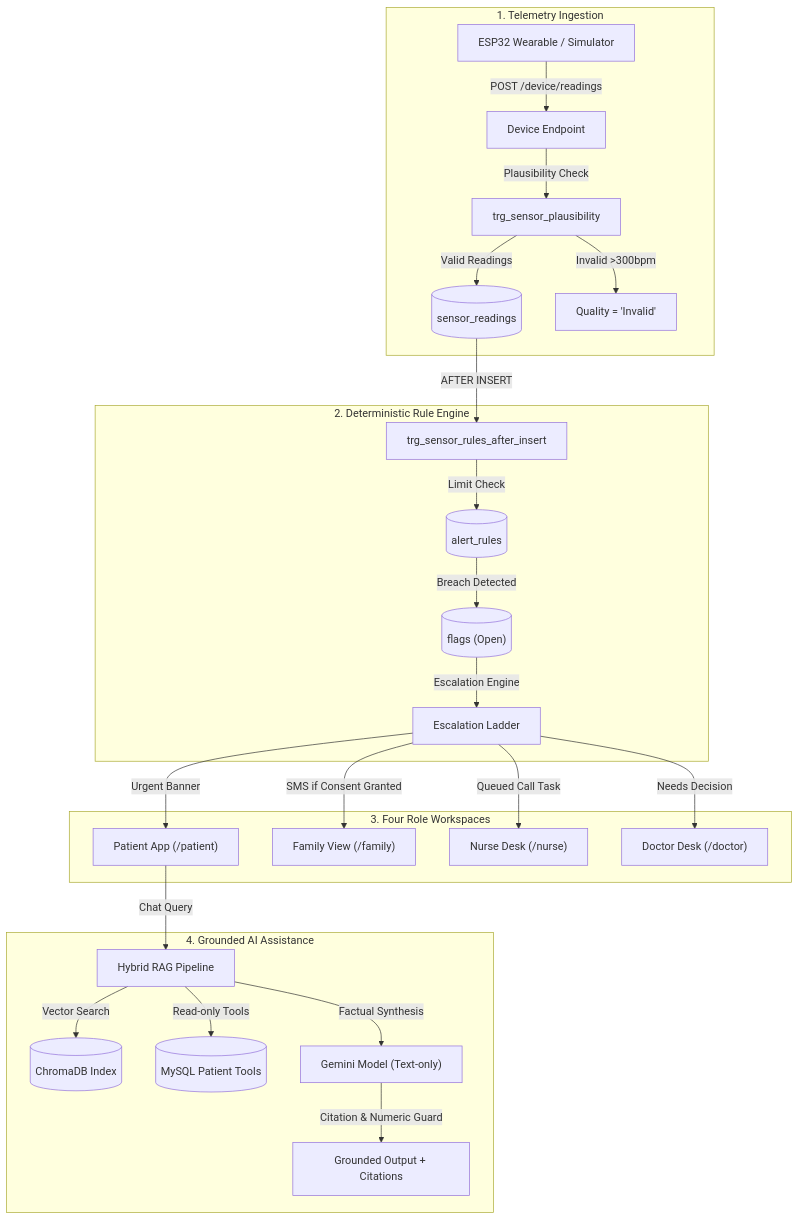
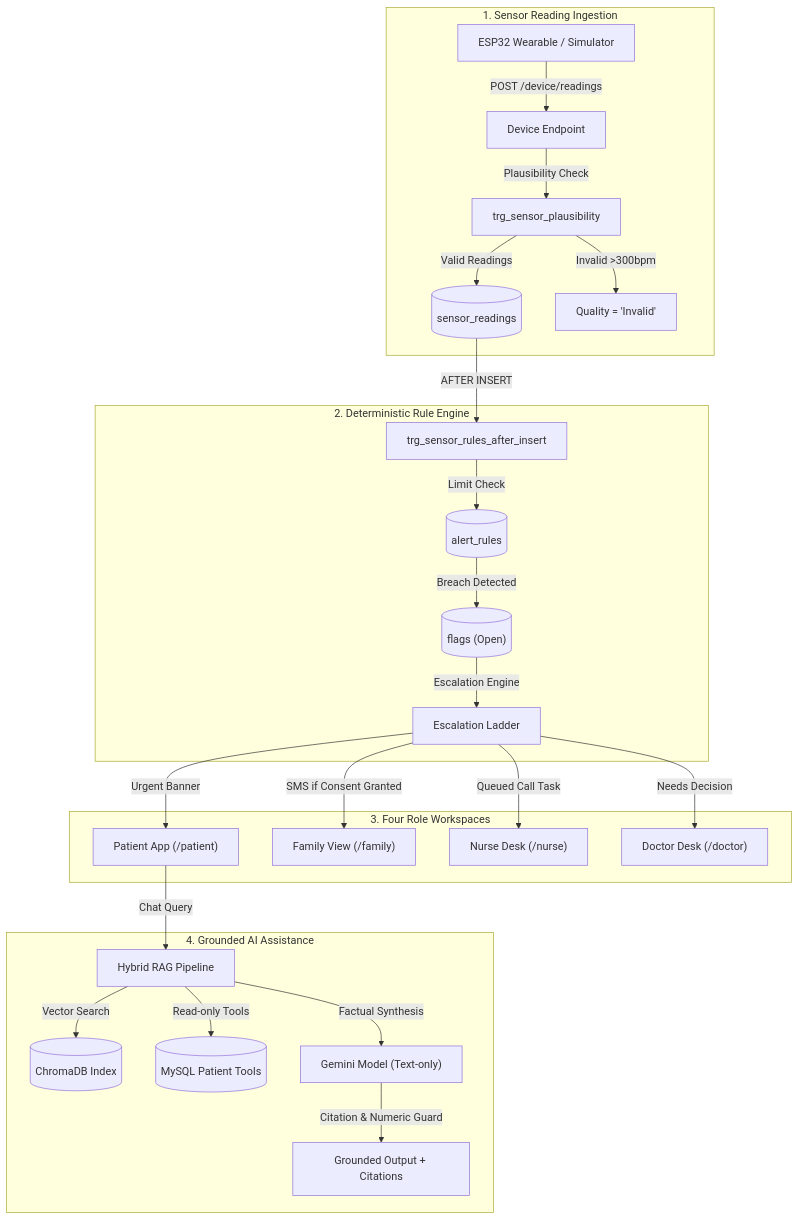
One commit to yugantverma0009/Careloop changed the first of 2 diagrams in PROJECT_GUIDE.md. Above: the diagram before and after it, drawn with Mermaid. The commit also changed other lines of this file and 31 other files, not shown here.

````diff
--- a/PROJECT_GUIDE.md
+++ b/PROJECT_GUIDE.md
@@ -36,31 +61,31 @@
 ```mermaid
 flowchart TD
-    subgraph EdgeDevice["1. Telemetry Ingestion"]
+    subgraph EdgeDevice["1. Sensor Reading Ingestion"]
         ESP32["ESP32 Wearable / Simulator"] -->|POST /device/readings| DevIngest["Device Endpoint"]
         DevIngest -->|Plausibility Check| PlausTrigger["trg_sensor_plausibility"]
         PlausTrigger -->|Valid Readings| SensorDB[("sensor_readings")]
         PlausTrigger -->|Invalid >300bpm| FilterNote["Quality = 'Invalid'"]
     end
 
     subgraph DatabaseEngine["2. Deterministic Rule Engine"]
         SensorDB -->|AFTER INSERT| RuleTrigger["trg_sensor_rules_after_insert"]
         RuleTrigger -->|Limit Check| AlertRules[("alert_rules")]
         AlertRules -->|Breach Detected| FlagsDB[("flags (Open)")]
         FlagsDB -->|Escalation Engine| Ladder["Escalation Ladder"]
     end
 
     subgraph Portals["3. Four Role Workspaces"]
         Ladder -->|Urgent Banner| PatientPortal["Patient App (/patient)"]
         Ladder -->|SMS if Consent Granted| FamilyPortal["Family View (/family)"]
         Ladder -->|Queued Call Task| NurseDesk["Nurse Desk (/nurse)"]
         Ladder -->|Needs Decision| DoctorDesk["Doctor Desk (/doctor)"]
     end
 
     subgraph GroundedAI["4. Grounded AI Assistance"]
         PatientPortal -->|Chat Query| RAG["Hybrid RAG Pipeline"]
         RAG -->|Vector Search| ChromaDB[("ChromaDB Index")]
         RAG -->|Read-only Tools| MySQLTools[("MySQL Patient Tools")]
         RAG -->|Factual Synthesis| LLM["Gemini Model (Text-only)"]
         LLM -->|Citation & Numeric Guard| GuardedAnswer["Grounded Output + Citations"]
     end
 ```
````
